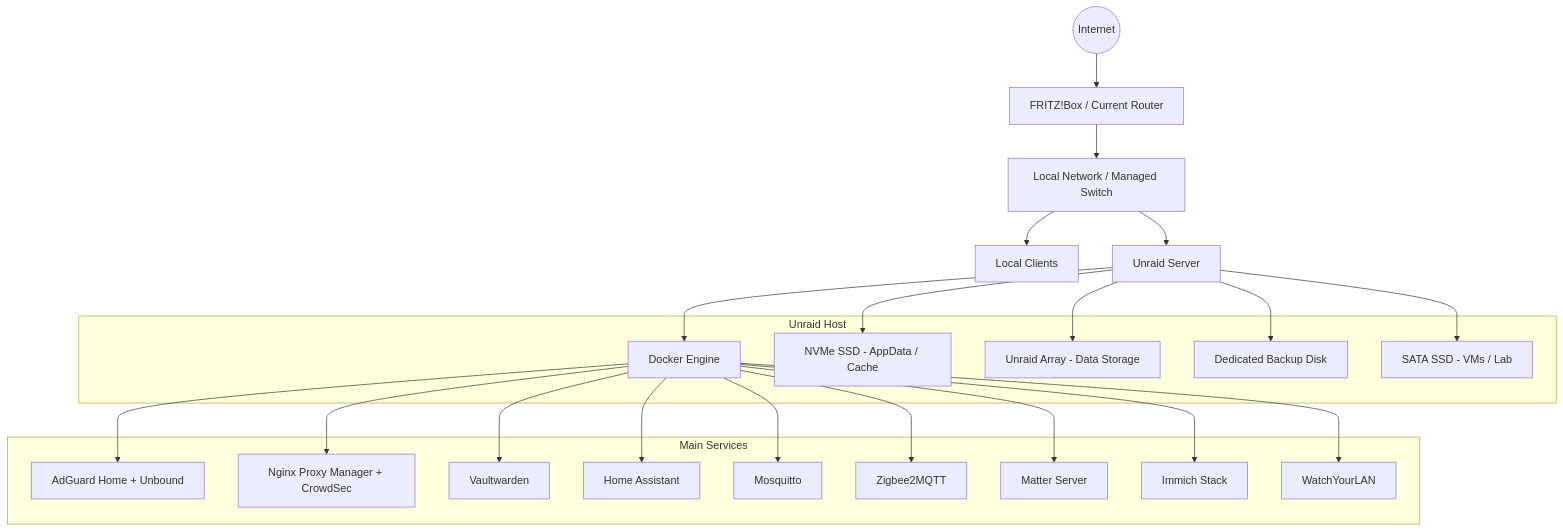
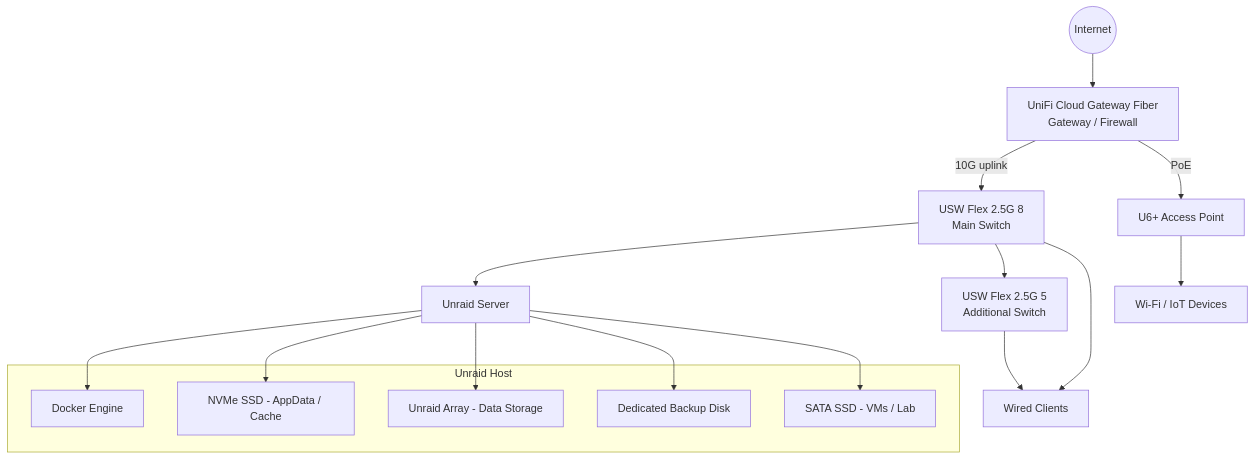
Before and after one commit to ThomasMann2001/HeimServer-Projekt: the diagram in README.md, drawn with Mermaid. The commit also changed other lines of this file, not shown here.

First line of the commit message:
Revise README for Unraid homelab updates

````diff
--- a/README.md
+++ b/README.md
@@ -115,49 +122,34 @@
 ```mermaid
 flowchart TD
     Internet((Internet))
-    Fritzbox["FRITZ!Box / Current Router"]
-    Switch["Local Network / Managed Switch"]
-    Clients["Local Clients"]
+    UCG["UniFi Cloud Gateway Fiber<br>Gateway / Firewall"]
+    Flex8["USW Flex 2.5G 8<br>Main Switch"]
+    Flex5["USW Flex 2.5G 5<br>Additional Switch"]
+    AP["U6+ Access Point"]
     Unraid["Unraid Server"]
+    WiredClients["Wired Clients"]
+    WiFiClients["Wi-Fi / IoT Devices"]
 
-    Internet --> Fritzbox
-    Fritzbox --> Switch
-    Switch --> Clients
-    Switch --> Unraid
+    Internet --> UCG
+    UCG -->|"10G uplink"| Flex8
+    UCG -->|"PoE"| AP
+    Flex8 --> Unraid
+    Flex8 --> Flex5
+    Flex8 --> WiredClients
+    Flex5 --> WiredClients
+    AP --> WiFiClients
 
     subgraph UnraidHost["Unraid Host"]
         Docker["Docker Engine"]
         Cache["NVMe SSD - AppData / Cache"]
         ArrayStorage["Unraid Array - Data Storage"]
         BackupDisk["Dedicated Backup Disk"]
         LabSSD["SATA SSD - VMs / Lab"]
     end
 
     Unraid --> Docker
     Unraid --> Cache
     Unraid --> ArrayStorage
     Unraid --> BackupDisk
     Unraid --> LabSSD
-
-    subgraph CoreServices["Main Services"]
-        DNS["AdGuard Home + Unbound"]
-        Proxy["Nginx Proxy Manager + CrowdSec"]
-        Vault["Vaultwarden"]
-        HomeAssistant["Home Assistant"]
-        MQTT["Mosquitto"]
-        Zigbee["Zigbee2MQTT"]
-        Matter["Matter Server"]
-        Immich["Immich Stack"]
-        Watch["WatchYourLAN"]
-    end
-
-    Docker --> DNS
-    Docker --> Proxy
-    Docker --> Vault
-    Docker --> HomeAssistant
-    Docker --> MQTT
-    Docker --> Zigbee
-    Docker --> Matter
-    Docker --> Immich
-    Docker --> Watch
 ```
````
